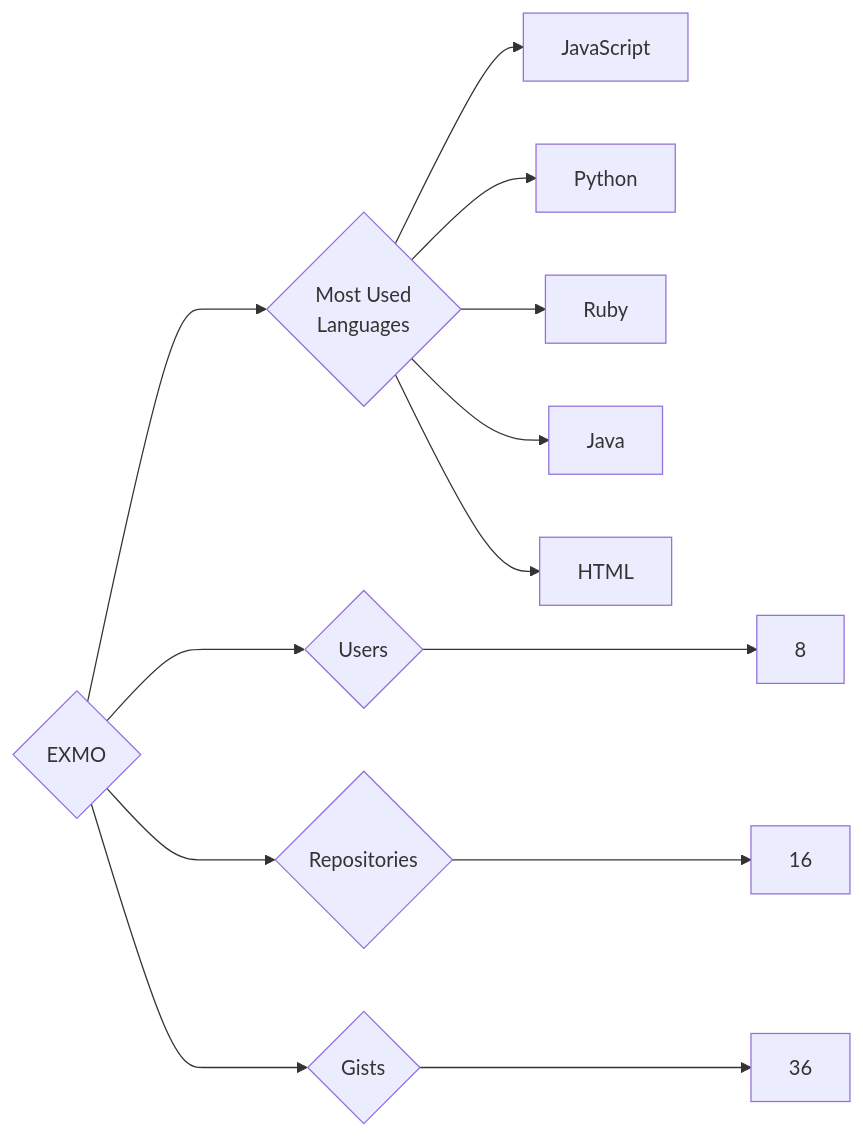
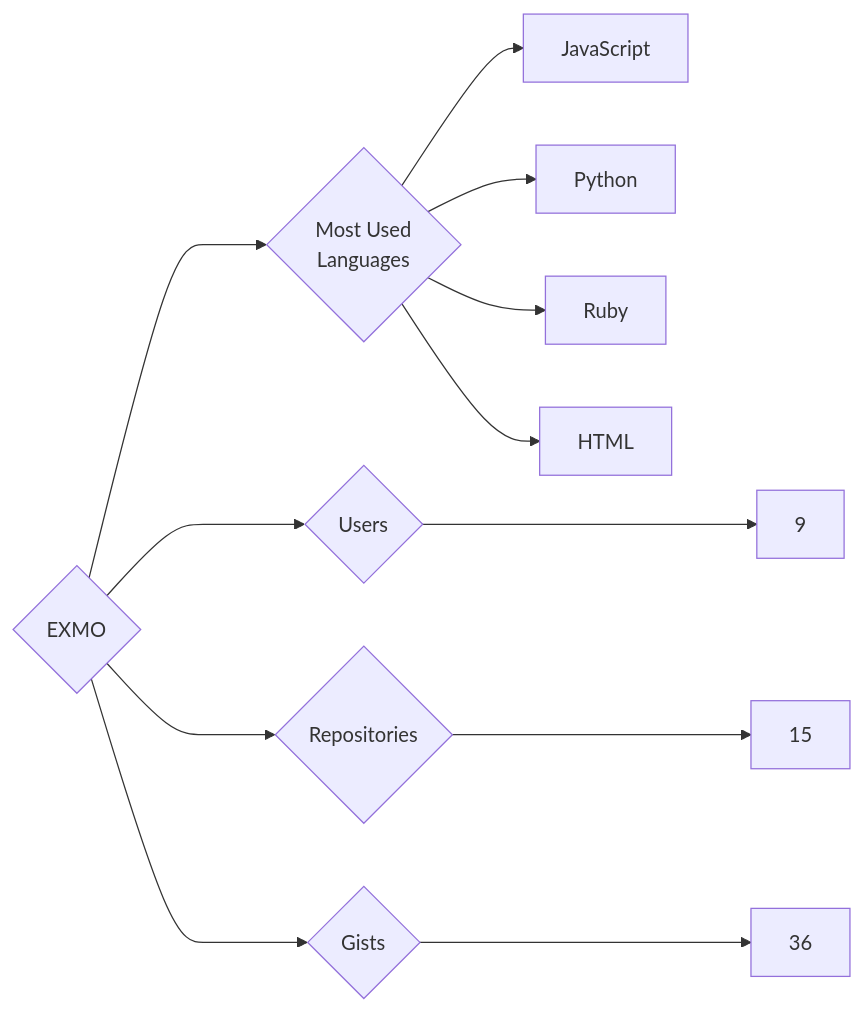
One commit to trickest/insiders changed the diagram in targets/EXMO/README.md. Above: the diagram before and after it, drawn with Mermaid. The commit also changed 1123 other files, not shown here.

````diff
--- a/targets/EXMO/README.md
+++ b/targets/EXMO/README.md
@@ -3,13 +3,12 @@
 ```mermaid
 graph LR
 COMPANY_NAME{EXMO}
-COMPANY_NAME ---> U{Users} ---> UN[8]
-COMPANY_NAME ---> R{Repositories} ---> RN[16]
+COMPANY_NAME ---> U{Users} ---> UN[9]
+COMPANY_NAME ---> R{Repositories} ---> RN[15]
 COMPANY_NAME ---> G{Gists} ---> GN[36]
 COMPANY_NAME ---> ML{Most Used<br>Languages}
 ML --> JavaScript[JavaScript]
 ML --> Python[Python]
 ML --> Ruby[Ruby]
-ML --> Java[Java]
 ML --> HTML[HTML]
 ```
````
